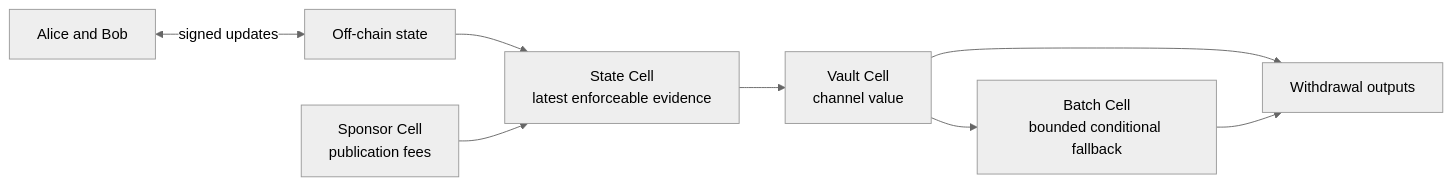
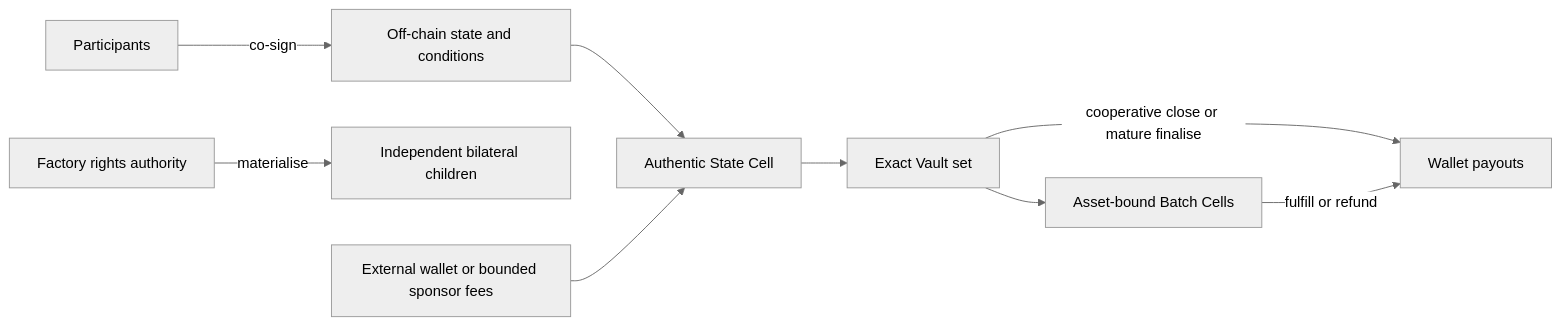
Before and after one commit to Morph-Channel-Network/Morph: the diagram in README.md, drawn with Mermaid (neutral theme). The commit also changed other lines of this file and 46 other files, not shown here.

````diff
--- a/README.md
+++ b/README.md
@@ -41,10 +31,11 @@
 ```mermaid
 flowchart LR
-    U["Alice and Bob"] <-->|"signed updates"| O["Off-chain state"]
-    O --> S["State Cell<br/>latest enforceable evidence"]
-    S --> V["Vault Cell<br/>channel value"]
-    P["Sponsor Cell<br/>publication fees"] --> S
-    V --> W["Withdrawal outputs"]
-    V --> B["Batch Cell<br/>bounded conditional fallback"]
-    B --> W
+  P[Participants] -->|co-sign| O[Off-chain state and conditions]
+  O --> S[Authentic State Cell]
+  S --> V[Exact Vault set]
+  F[Factory rights authority] -->|materialise| C[Independent bilateral children]
+  V -->|cooperative close or mature finalise| W[Wallet payouts]
+  V --> B[Asset-bound Batch Cells]
+  B -->|fulfill or refund| W
+  Fee[External wallet or bounded sponsor fees] --> S
 ```
````
